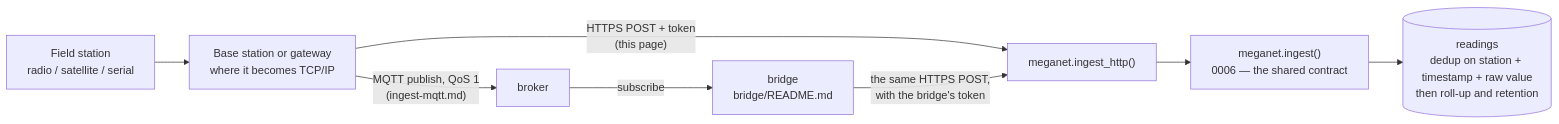
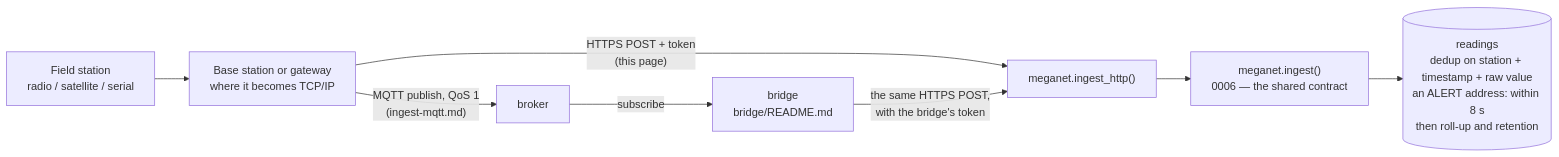
The diagram in docs/ingest-http.md (cdomotor-g/MegaNet), drawn with Mermaid before and after one commit. The commit also changed other lines of this file and 8 other files, not shown here.

````diff
--- a/docs/ingest-http.md
+++ b/docs/ingest-http.md
@@ -21,10 +21,10 @@
 ```mermaid
 flowchart LR
     FS[Field station<br/>radio / satellite / serial] --> BS[Base station or gateway<br/>where it becomes TCP/IP]
     BS -- "HTTPS POST + token<br/>(this page)" --> IH["meganet.ingest_http()"]
     BS -- "MQTT publish, QoS 1<br/>(ingest-mqtt.md)" --> BR[broker]
     BR -- "subscribe" --> BG[bridge<br/>bridge/README.md]
     BG -- "the same HTTPS POST,<br/>with the bridge's token" --> IH
     IH --> ING["meganet.ingest()<br/>0006 — the shared contract"]
-    ING --> DB[(readings<br/>dedup on station + timestamp + raw value<br/>then roll-up and retention)]
+    ING --> DB[(readings<br/>dedup on station + timestamp + raw value<br/>an ALERT address: within 8 s<br/>then roll-up and retention)]
 ```
````
